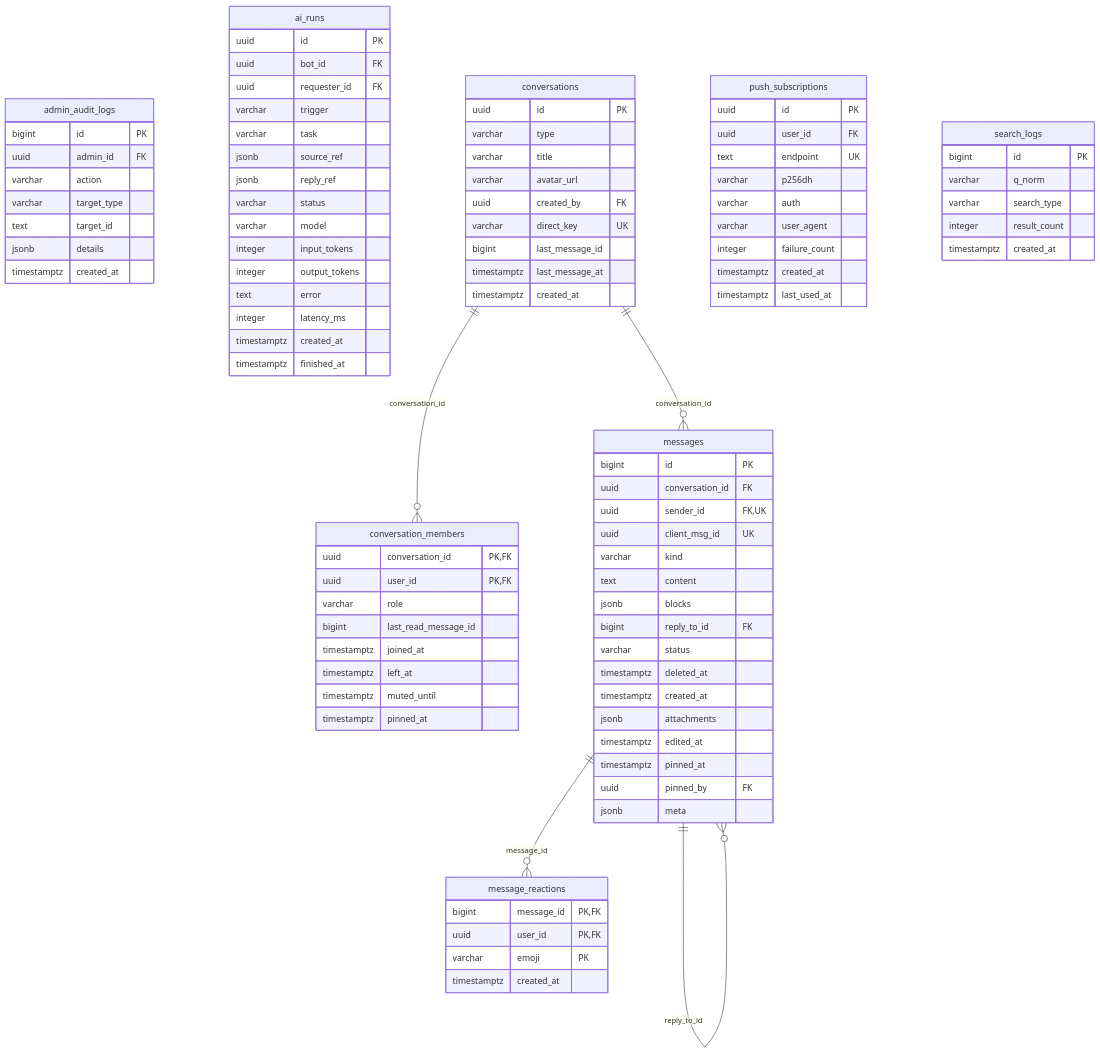
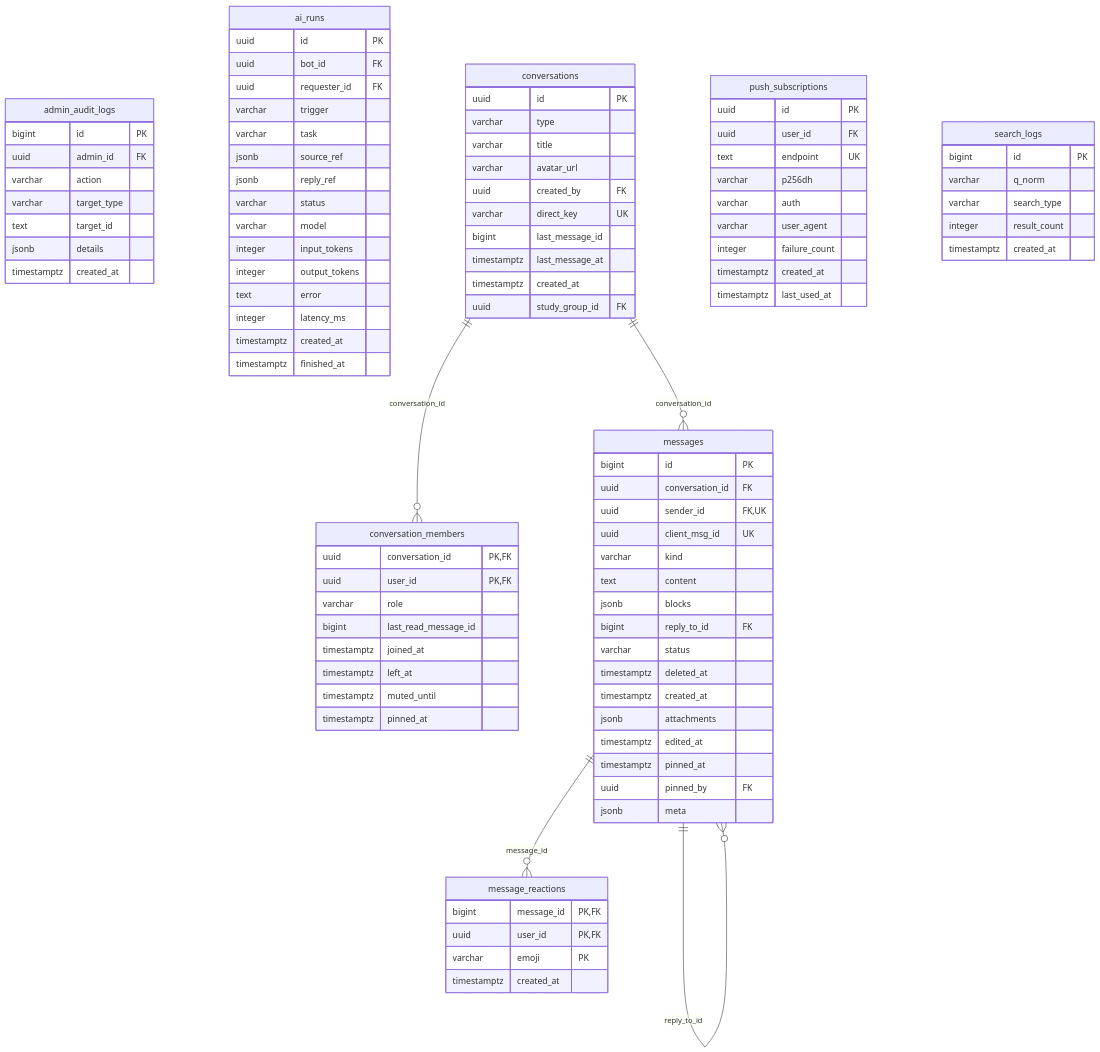
The sixth of 6 diagrams in docs/diagrams/04-erd.md (nhatcoi/pu-connect), drawn with Mermaid before and after one commit. The commit also changed other lines of this file and 18 other files, not shown here.

Commit message:
feat(chat): link study groups to a group chat

```diff
--- a/docs/diagrams/04-erd.md
+++ b/docs/diagrams/04-erd.md
@@ -452,6 +453,7 @@
     bigint last_message_id
     timestamptz last_message_at
     timestamptz created_at
+    uuid study_group_id FK
   }
   message_reactions {
     bigint message_id PK,FK
```
